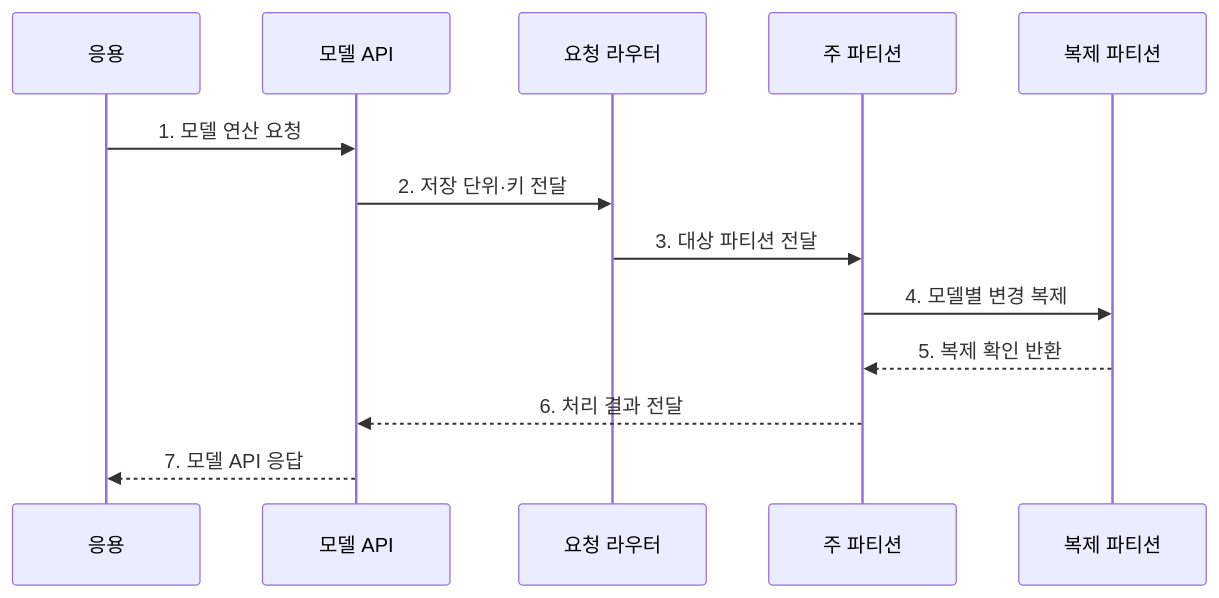
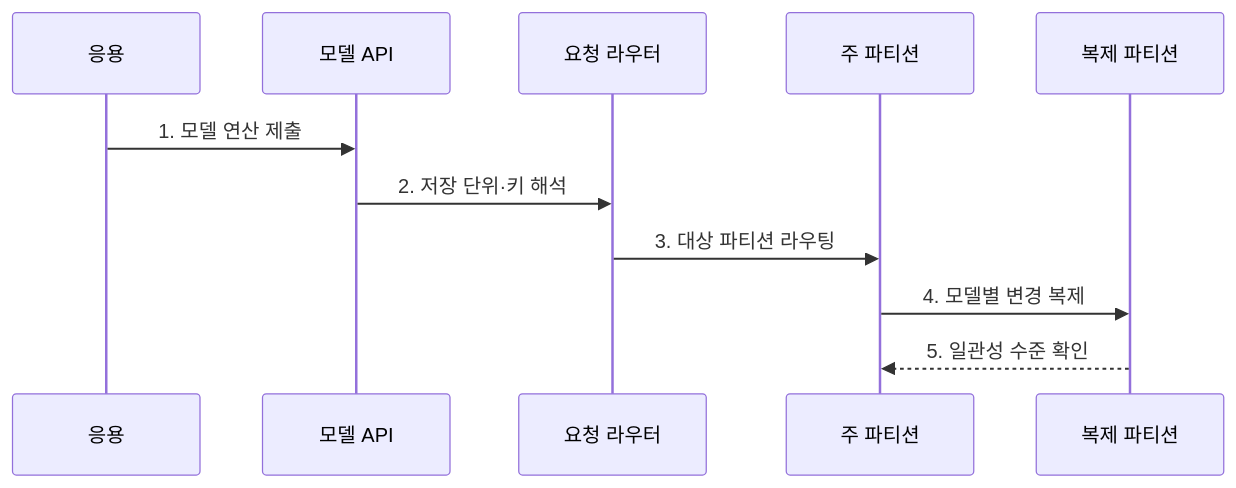
Before and after one commit to agnusdei1207/knowledge-base: the second of 2 diagrams in src/content/docs/notes/03-software/102_nosql_types.md, drawn with Mermaid. The commit also changed other lines of this file and 238 other files, not shown here.

````diff
--- a/src/content/docs/notes/03-software/102_nosql_types.md
+++ b/src/content/docs/notes/03-software/102_nosql_types.md
@@ -80,15 +80,13 @@
 ```mermaid
 sequenceDiagram
     participant A as 응용
     participant D as 모델 API
     participant R as 요청 라우터
     participant P as 주 파티션
     participant S as 복제 파티션
-    A->>D: 1. 모델 연산 요청
-    D->>R: 2. 저장 단위·키 전달
-    R->>P: 3. 대상 파티션 전달
+    A->>D: 1. 모델 연산 제출
+    D->>R: 2. 저장 단위·키 해석
+    R->>P: 3. 대상 파티션 라우팅
     P->>S: 4. 모델별 변경 복제
-    S-->>P: 5. 복제 확인 반환
-    P-->>D: 6. 처리 결과 전달
-    D-->>A: 7. 모델 API 응답
+    S-->>P: 5. 일관성 수준 확인
 ```
````
